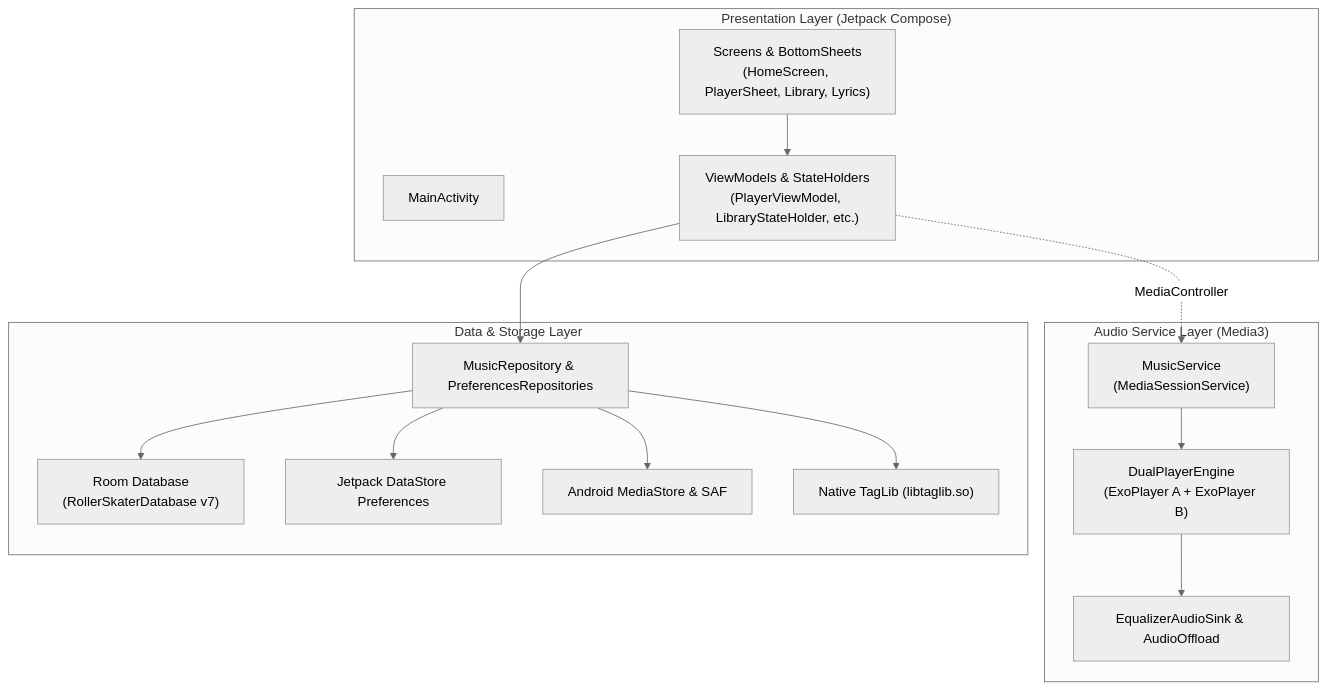
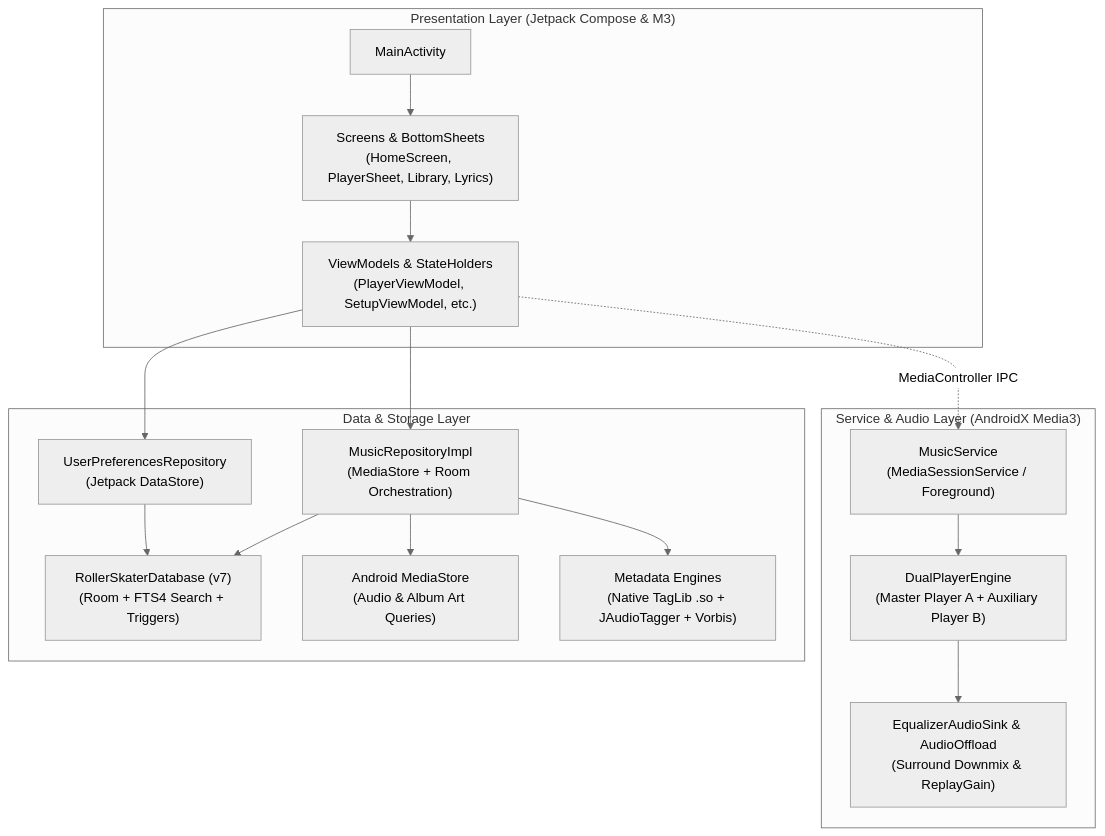
Before and after one commit to dhyandevp/RollerSkater: the diagram in README.md, drawn with Mermaid (neutral theme). The commit also changed other lines of this file and 13 other files, not shown here.

Commit message:
docs: detailed README and architecture docs

````diff
--- a/README.md
+++ b/README.md
@@ -70,32 +166,34 @@
 ```mermaid
 flowchart TD
-    subgraph UI ["Presentation Layer (Jetpack Compose)"]
+    subgraph UI ["Presentation Layer (Jetpack Compose & M3)"]
         Activity["MainActivity"]
         Screens["Screens & BottomSheets\n(HomeScreen, PlayerSheet, Library, Lyrics)"]
-        VM["ViewModels & StateHolders\n(PlayerViewModel, LibraryStateHolder, etc.)"]
+        VM["ViewModels & StateHolders\n(PlayerViewModel, SetupViewModel, etc.)"]
     end
 
-    subgraph Service ["Audio Service Layer (Media3)"]
-        MusicService["MusicService\n(MediaSessionService)"]
-        DualEngine["DualPlayerEngine\n(ExoPlayer A + ExoPlayer B)"]
-        EqSink["EqualizerAudioSink & AudioOffload"]
+    subgraph Service ["Service & Audio Layer (AndroidX Media3)"]
+        MusicService["MusicService\n(MediaSessionService / Foreground)"]
+        DualPlayer["DualPlayerEngine\n(Master Player A + Auxiliary Player B)"]
+        AudioSink["EqualizerAudioSink & AudioOffload\n(Surround Downmix & ReplayGain)"]
     end
 
     subgraph Data ["Data & Storage Layer"]
-        Repo["MusicRepository & PreferencesRepositories"]
-        RoomDB["Room Database\n(RollerSkaterDatabase v7)"]
-        DataStore["Jetpack DataStore Preferences"]
-        MediaStore["Android MediaStore & SAF"]
-        TagLib["Native TagLib (libtaglib.so)"]
+        MusicRepo["MusicRepositoryImpl\n(MediaStore + Room Orchestration)"]
+        PreferencesRepo["UserPreferencesRepository\n(Jetpack DataStore)"]
+        RoomDB["RollerSkaterDatabase (v7)\n(Room + FTS4 Search + Triggers)"]
+        MediaStore["Android MediaStore\n(Audio & Album Art Queries)"]
+        TagEngines["Metadata Engines\n(Native TagLib .so + JAudioTagger + Vorbis)"]
     end
 
+    Activity --> Screens
     Screens --> VM
-    VM --> Repo
-    VM -.->|"MediaController"| MusicService
-    MusicService --> DualEngine
-    DualEngine --> EqSink
-    Repo --> RoomDB
-    Repo --> DataStore
-    Repo --> MediaStore
-    Repo --> TagLib
+    VM --> MusicRepo
+    VM --> PreferencesRepo
+    VM -.->|"MediaController IPC"| MusicService
+    MusicService --> DualPlayer
+    DualPlayer --> AudioSink
+    MusicRepo --> RoomDB
+    MusicRepo --> MediaStore
+    MusicRepo --> TagEngines
+    PreferencesRepo --> RoomDB
 ```
````
